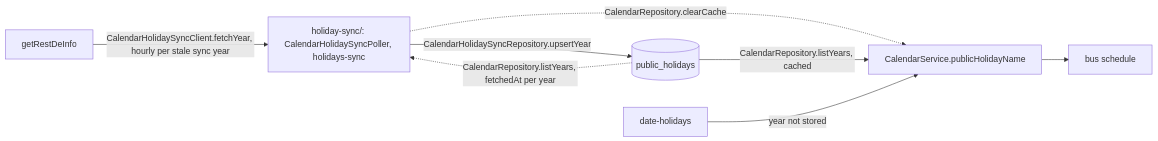
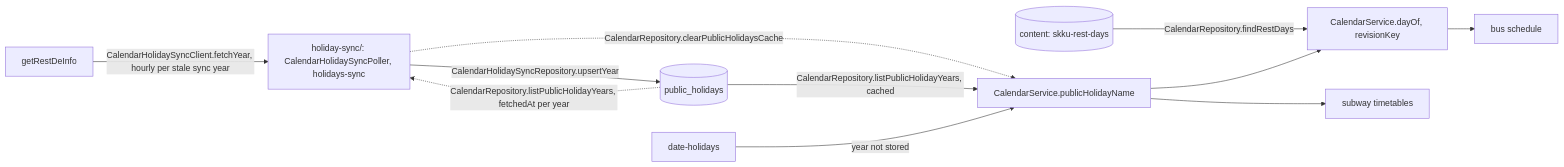
One commit to skkuverse/skkuverse-server changed the diagram in docs/explanation/calendar-architecture.md. Above: the diagram before and after it, drawn with Mermaid. The commit also changed other lines of this file and 53 other files, not shown here.

Commit message:
refactor(calendar): read the skku-rest-days dataset in the calendar module

````diff
--- a/docs/explanation/calendar-architecture.md
+++ b/docs/explanation/calendar-architecture.md
@@ -38,10 +42,13 @@
 ```mermaid
 flowchart LR
   kasi["getRestDeInfo"] -->|CalendarHolidaySyncClient.fetchYear, hourly per stale sync year| poller["holiday-sync/: CalendarHolidaySyncPoller, holidays-sync"]
   poller -->|CalendarHolidaySyncRepository.upsertYear| coll[("public_holidays")]
-  poller -.->|CalendarRepository.clearCache| svc
-  coll -->|CalendarRepository.listYears, cached| svc["CalendarService.publicHolidayName"]
-  coll -.->|CalendarRepository.listYears, fetchedAt per year| poller
+  poller -.->|CalendarRepository.clearPublicHolidaysCache| svc
+  coll -->|CalendarRepository.listPublicHolidayYears, cached| svc["CalendarService.publicHolidayName"]
+  coll -.->|CalendarRepository.listPublicHolidayYears, fetchedAt per year| poller
   rules["date-holidays"] -->|year not stored| svc
-  svc --> bus["bus schedule"]
+  restDays[("content: skku-rest-days")] -->|CalendarRepository.findRestDays| day["CalendarService.dayOf, revisionKey"]
+  svc --> day
+  day --> bus["bus schedule"]
+  svc --> subway["subway timetables"]
 ```
````
